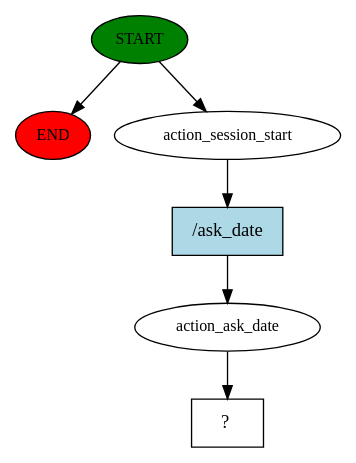
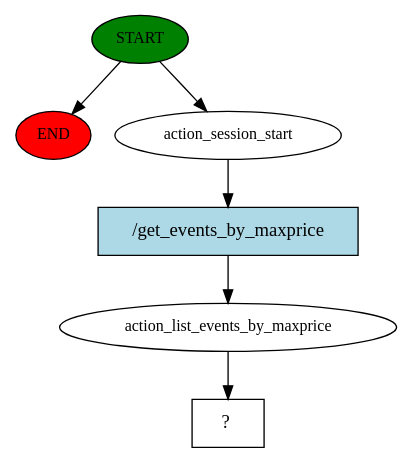
The diagram in story_graph.dot (EhteshamBahoo/Tic8M8_Bot), drawn with Graphviz before and after one commit. The commit also changed 26 other files, not shown here.

```diff
--- a/story_graph.dot
+++ b/story_graph.dot
@@ -1,13 +1,13 @@
 digraph  {
 0 [class="start active", fillcolor=green, fontsize=12, label=START, style=filled];
 "-1" [class=end, fillcolor=red, fontsize=12, label=END, style=filled];
 1 [class=active, fontsize=12, label=action_session_start];
-2 [class=active, fontsize=12, label=action_ask_date];
+2 [class=active, fontsize=12, label=action_list_events_by_maxprice];
 3 [class="intent dashed active", label="  ?  ", shape=rect];
-4 [class="intent active", fillcolor=lightblue, label="/ask_date", shape=rect, style=filled];
+4 [class="intent active", fillcolor=lightblue, label="/get_events_by_maxprice", shape=rect, style=filled];
 0 -> "-1"  [class="", key=NONE, label=""];
 0 -> 1  [class=active, key=NONE, label=""];
 1 -> 4  [class=active, key=0];
 2 -> 3  [class=active, key=NONE, label=""];
 4 -> 2  [class=active, key=0];
 }
```
